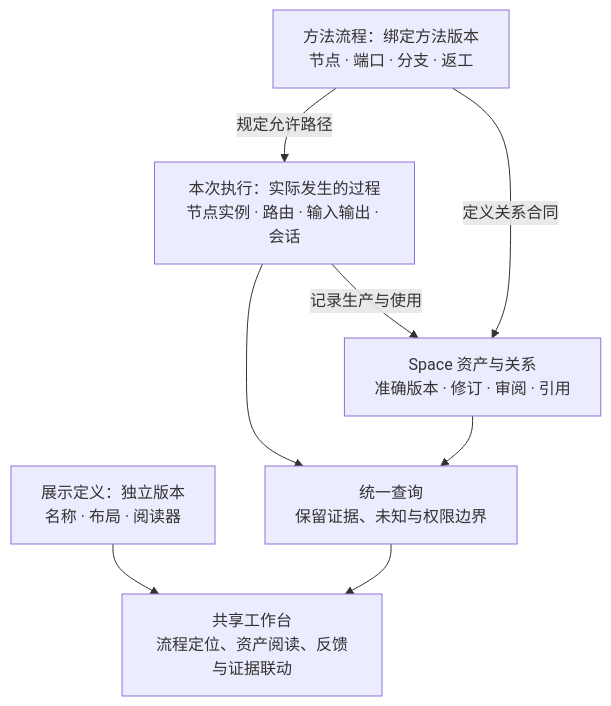
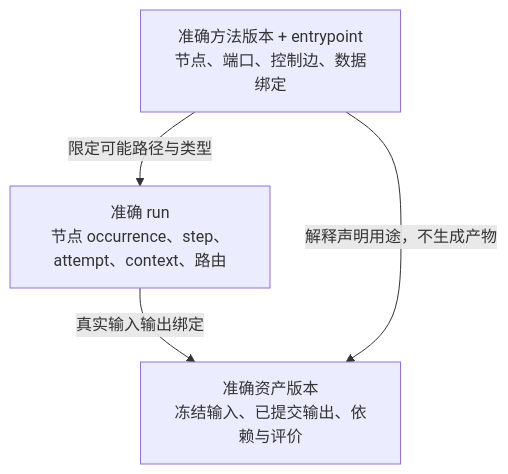
The diagram in docs/workflow-process-assets.md (cyl19970726/agent-workflow), drawn with Mermaid before and after one commit. The commit also changed other lines of this file and 197 other files, not shown here.

````diff
--- a/docs/workflow-process-assets.md
+++ b/docs/workflow-process-assets.md
@@ -35,13 +10,9 @@
 ```mermaid
 flowchart TB
-  M["方法流程：绑定方法版本<br/>节点 · 端口 · 分支 · 返工"]
-  X["本次执行：实际发生的过程<br/>节点实例 · 路由 · 输入输出 · 会话"]
-  A["Space 资产与关系<br/>准确版本 · 修订 · 审阅 · 引用"]
-  M -->|规定允许路径| X
-  X -->|记录生产与使用| A
-  M -->|定义关系合同| A
-  X --> Q["统一查询<br/>保留证据、未知与权限边界"]
-  A --> Q
-  V["展示定义：独立版本<br/>名称 · 布局 · 阅读器"] --> U["共享工作台<br/>流程定位、资产阅读、反馈与证据联动"]
-  Q --> U
+  M["准确方法版本 + entrypoint<br/>节点、端口、控制边、数据绑定"]
+  R["准确 run<br/>节点 occurrence、step、attempt、context、路由"]
+  A["准确资产版本<br/>冻结输入、已提交输出、依赖与评价"]
+  M -->|限定可能路径与类型| R
+  R -->|真实输入输出绑定| A
+  M -->|解释声明用途，不生成产物| A
 ```
````
